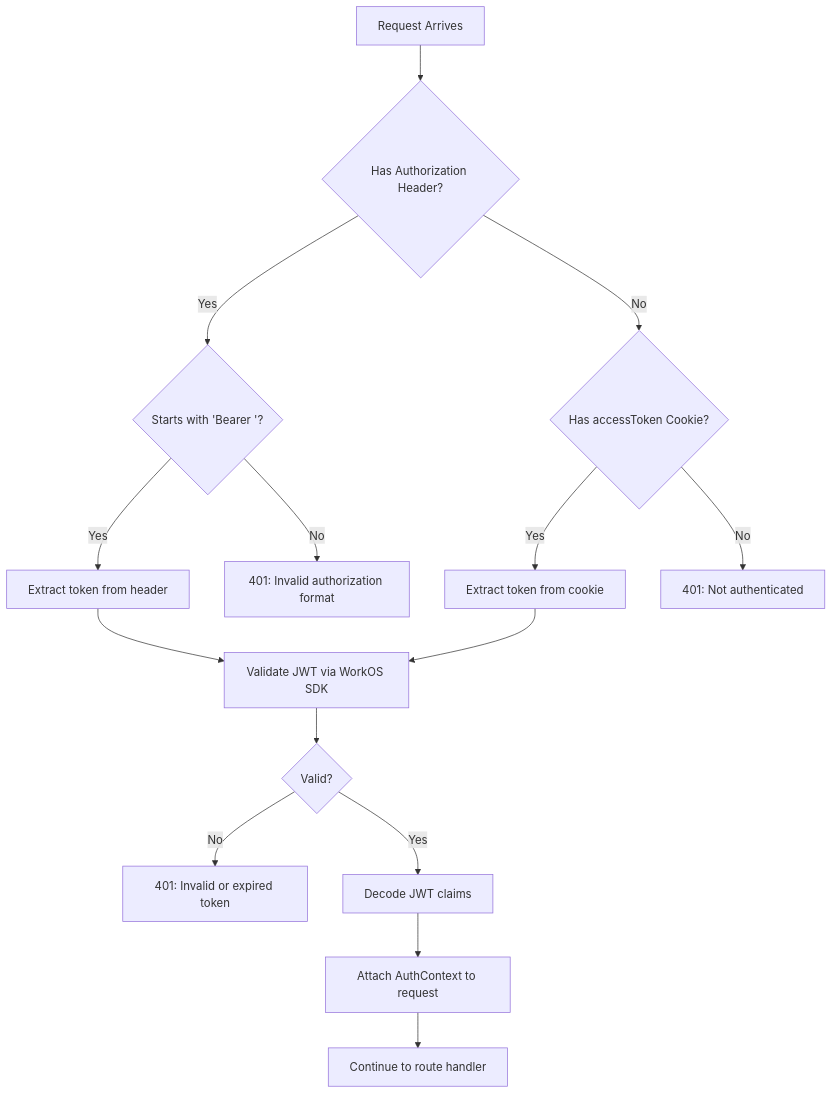
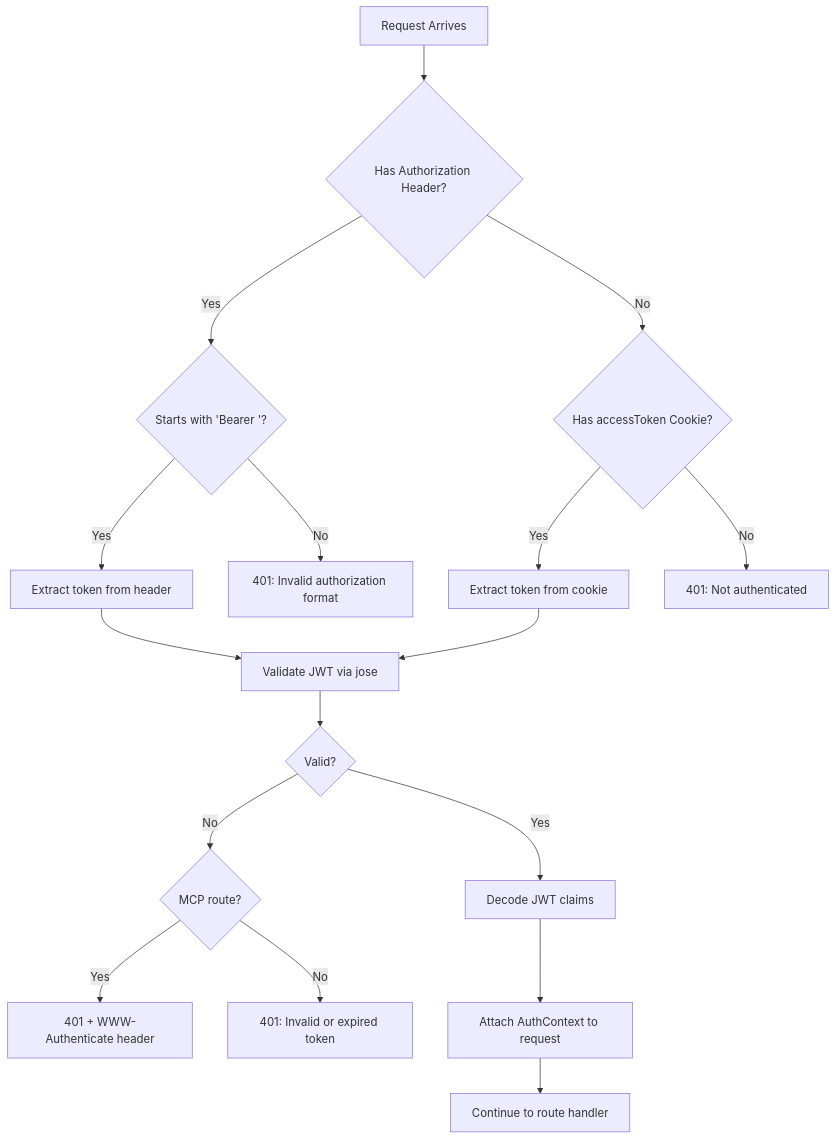
The seventh of 11 diagrams in docs/auth-design.md (liminal-ai/liminaldb), drawn with Mermaid before and after one commit. The commit also changed other lines of this file and 2 other files, not shown here.

First line of the commit message:
Update architecture docs to reflect actual implementation

````diff
--- a/docs/auth-design.md
+++ b/docs/auth-design.md
@@ -315,24 +324,26 @@
 ```mermaid
 flowchart TD
     A[Request Arrives] --> B{Has Authorization Header?}
 
     B -->|Yes| C{Starts with 'Bearer '?}
     B -->|No| D{Has accessToken Cookie?}
 
     C -->|Yes| E[Extract token from header]
     C -->|No| F[401: Invalid authorization format]
 
     D -->|Yes| G[Extract token from cookie]
     D -->|No| H[401: Not authenticated]
 
-    E --> I[Validate JWT via WorkOS SDK]
+    E --> I[Validate JWT via jose]
     G --> I
 
     I --> J{Valid?}
 
-    J -->|No| K[401: Invalid or expired token]
+    J -->|No| K{MCP route?}
+    K -->|Yes| K2[401 + WWW-Authenticate header]
+    K -->|No| K3[401: Invalid or expired token]
     J -->|Yes| L[Decode JWT claims]
 
     L --> M[Attach AuthContext to request]
     M --> N[Continue to route handler]
 ```
````
